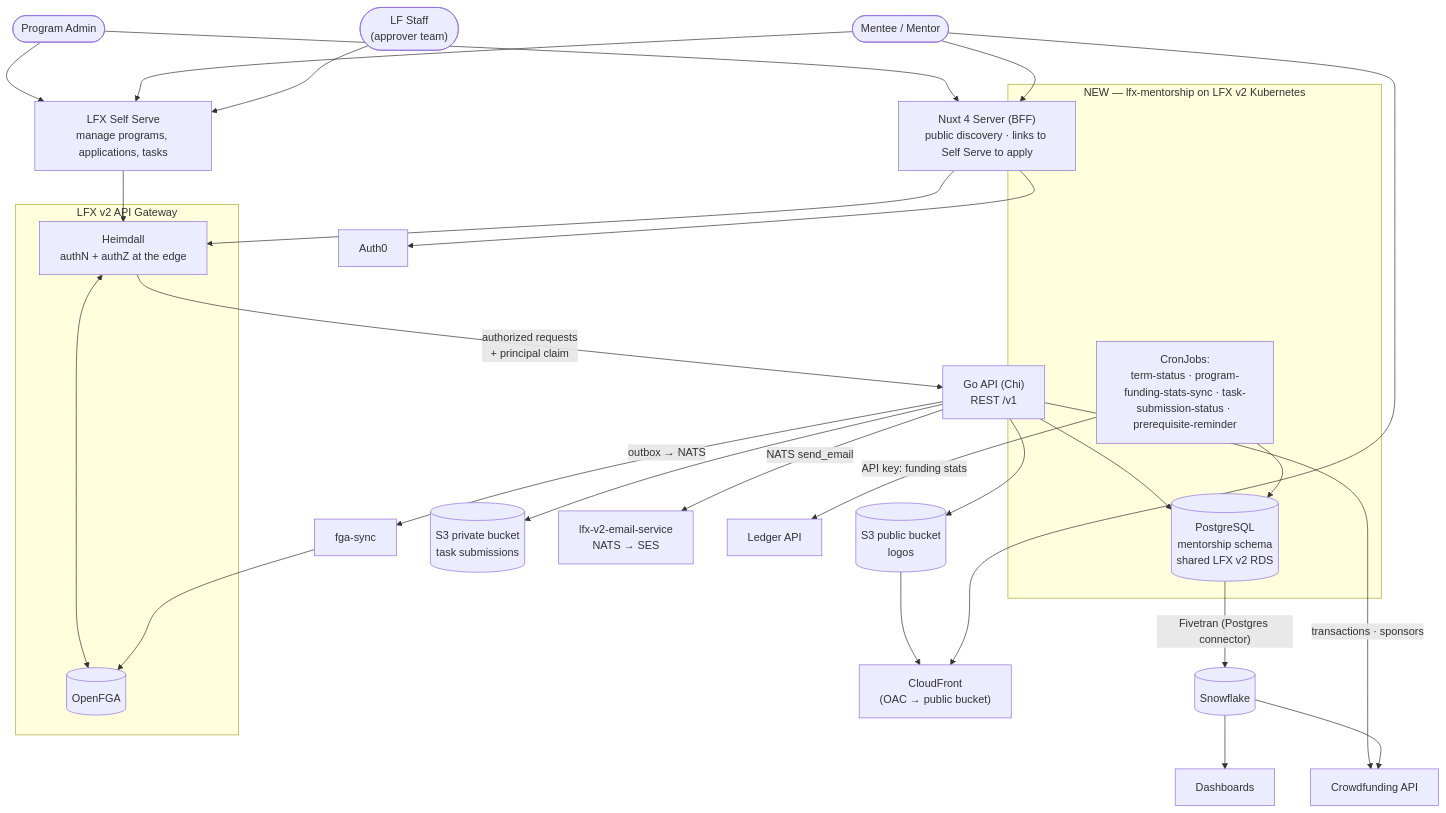
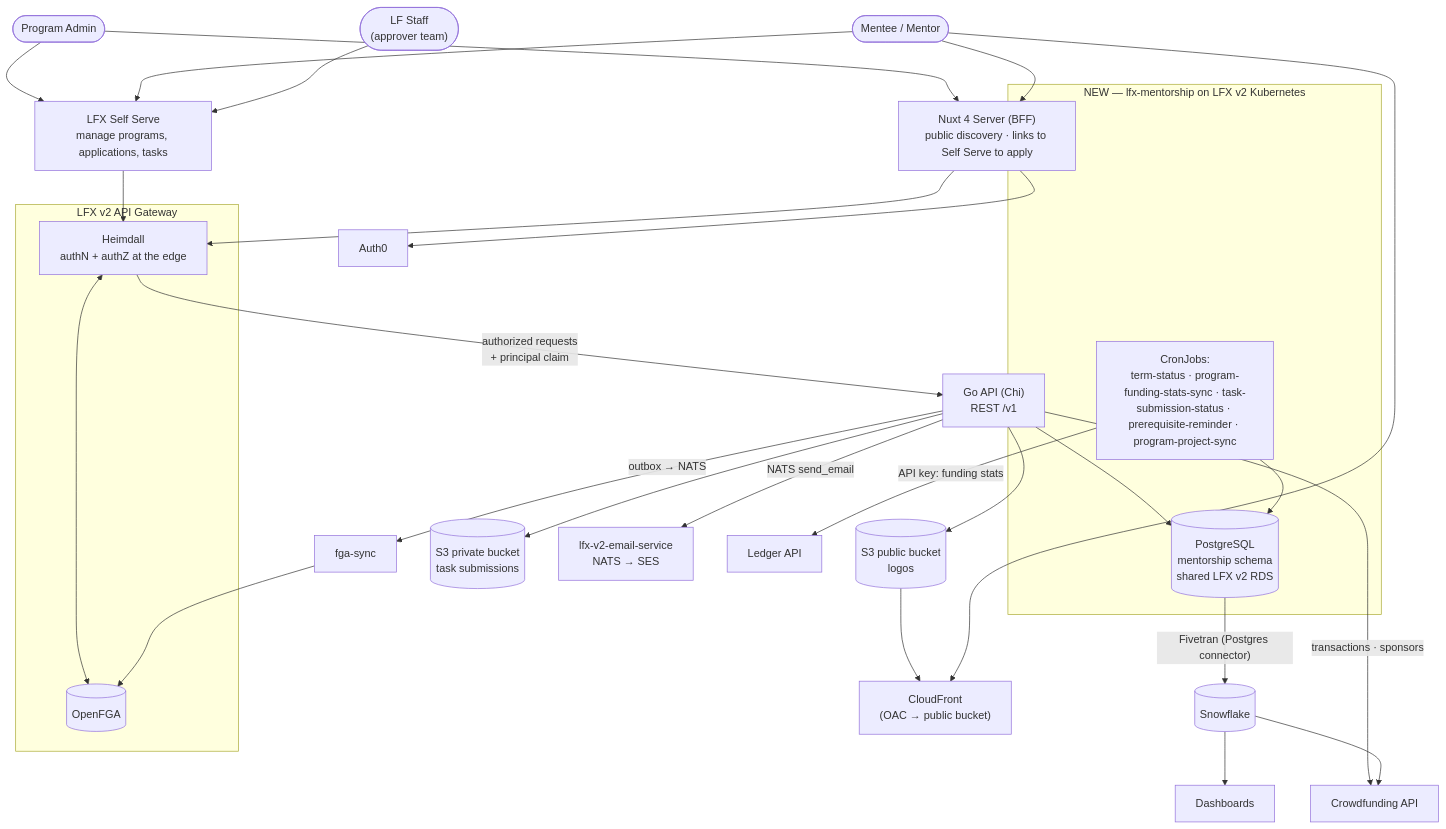
The first of 2 diagrams in docs/rewrite/02-target-architecture.md (linuxfoundation/lfx-mentorship), drawn with Mermaid before and after one commit. The commit also changed other lines of this file and 9 other files, not shown here.

First line of the commit message:
feat(programs): sync programs' LF project name, slug and logo weekly

````diff
--- a/docs/rewrite/02-target-architecture.md
+++ b/docs/rewrite/02-target-architecture.md
@@ -22,52 +22,52 @@
 ```mermaid
 flowchart TB
     ADMIN(["Program Admin"])
     USERS(["Mentee / Mentor"])
     SUPER(["LF Staff<br/>(approver team)"])
 
     subgraph GW["LFX v2 API Gateway"]
         HEIMDALL["Heimdall<br/>authN + authZ at the edge"]
         FGA[("OpenFGA")]
     end
 
     subgraph K8S["NEW — lfx-mentorship on LFX v2 Kubernetes"]
         NUXT["Nuxt 4 Server (BFF)<br/>public discovery · links to Self Serve to apply"]
         API["Go API (Chi)<br/>REST /v1"]
         PG[("PostgreSQL<br/>mentorship schema<br/>shared LFX v2 RDS")]
-        CRONS["CronJobs:<br/>term-status · program-funding-stats-sync · task-submission-status · prerequisite-reminder"]
+        CRONS["CronJobs:<br/>term-status · program-funding-stats-sync · task-submission-status · prerequisite-reminder · program-project-sync"]
     end
 
     SS["LFX Self Serve<br/>manage programs, applications, tasks"]
     SYNC["fga-sync"]
     AUTH0["Auth0"]
     S3PUB[("S3 public bucket<br/>logos")]
     S3PRIV[("S3 private bucket<br/>task submissions")]
     CDN["CloudFront<br/>(OAC → public bucket)"]
     EMAIL["lfx-v2-email-service<br/>NATS → SES"]
     CFAPI["Crowdfunding API"]
     LEDGER["Ledger API"]
     SF[("Snowflake")]
     DASH["Dashboards"]
 
     ADMIN & USERS --> NUXT
     ADMIN & USERS & SUPER --> SS
     NUXT --> HEIMDALL
     SS --> HEIMDALL
     HEIMDALL <--> FGA
     HEIMDALL -- "authorized requests<br/>+ principal claim" --> API
     NUXT --> AUTH0
     API --> PG
     API --> S3PUB
     API --> S3PRIV
     S3PUB --> CDN
     USERS --> CDN
     API -- "NATS send_email" --> EMAIL
     API -- "outbox → NATS" --> SYNC
     SYNC --> FGA
     CRONS --> PG
     CRONS -- "API key: funding stats" --> LEDGER
     API -- "transactions · sponsors" --> CFAPI
     PG -- "Fivetran (Postgres connector)" --> SF
     SF --> DASH
     SF --> CFAPI
 ```
````
